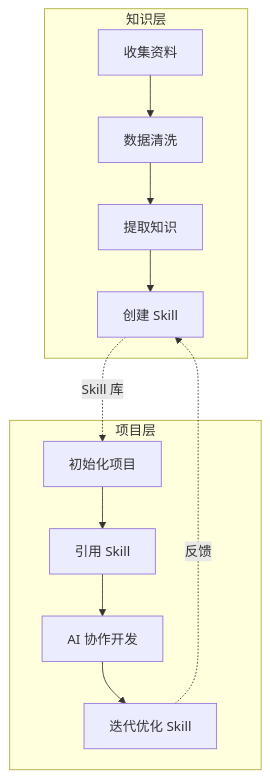
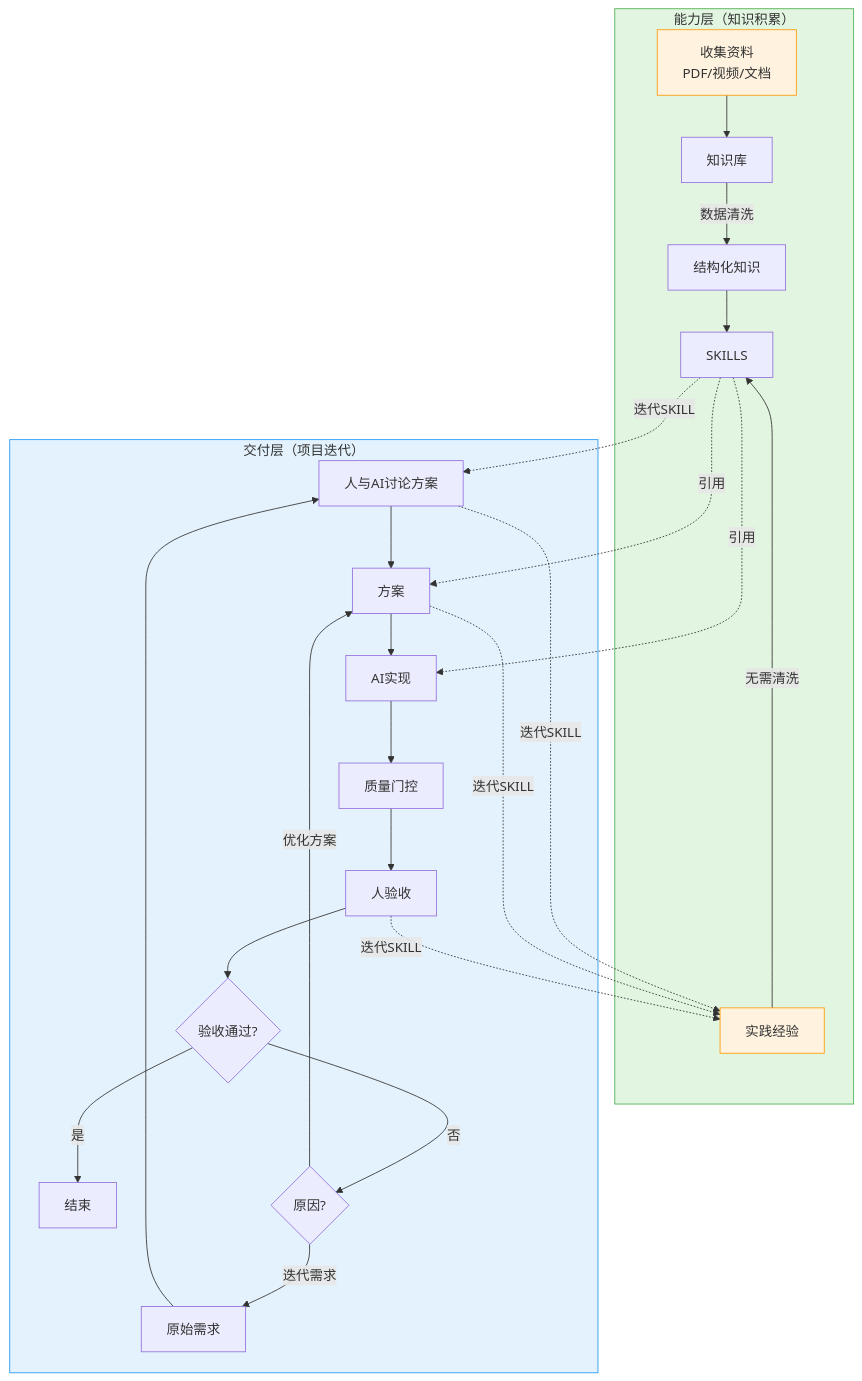
One commit to imchangchang/skills-registry changed the first of 2 diagrams in docs/workflow.md. Above: the diagram before and after it, drawn with Mermaid. The commit also changed other lines of this file and 6 other files, not shown here.

````diff
--- a/docs/workflow.md
+++ b/docs/workflow.md
@@ -7,17 +7,42 @@
 ```mermaid
-graph TB
-    subgraph 知识层
-        A[收集资料] --> B[数据清洗]
-        B --> C[提取知识]
-        C --> D[创建 Skill]
+flowchart TB
+    subgraph Capability["能力层（知识积累）"]
+        %% 路径1：主动学习
+        K1[收集资料<br/>PDF/视频/文档] --> L[知识库]
+        L -->|数据清洗| S[结构化知识]
+        
+        %% 路径2：实践沉淀
+        K2[实践经验] -->|无需清洗| M[SKILLS]
+        
+        %% 合并
+        S --> M
     end
     
-    subgraph 项目层
-        E[初始化项目] --> F[引用 Skill]
-        F --> G[AI 协作开发]
-        G --> H[迭代优化 Skill]
+    subgraph Delivery["交付层（项目迭代）"]
+        A[原始需求] --> B[人与AI讨论方案]
+        B --> C[方案]
+        C --> D[AI实现]
+        D --> D1[质量门控]
+        D1 --> E[人验收]
+        E --> F{验收通过?}
+        F -->|是| G[结束]
+        F -->|否| H{原因?}
+        H -->|迭代需求| A
+        H -->|优化方案| C
     end
     
-    D -.->|Skill 库| E
-    H -.->|反馈| D
+    %% SKILL引用到交付层各阶段
+    M -.->|迭代SKILL| B
+    M -.->|引用| C
+    M -.->|引用| D
+    
+    %% 反馈回路
+    B -.->|迭代SKILL| K2
+    C -.->|迭代SKILL| K2
+    E -.->|迭代SKILL| K2
+    
+    style Capability fill:#e1f5e1,stroke:#4caf50
+    style Delivery fill:#e3f2fd,stroke:#2196f3
+    style K1 fill:#fff3e0,stroke:#ff9800
+    style K2 fill:#fff3e0,stroke:#ff9800
 ```
````
